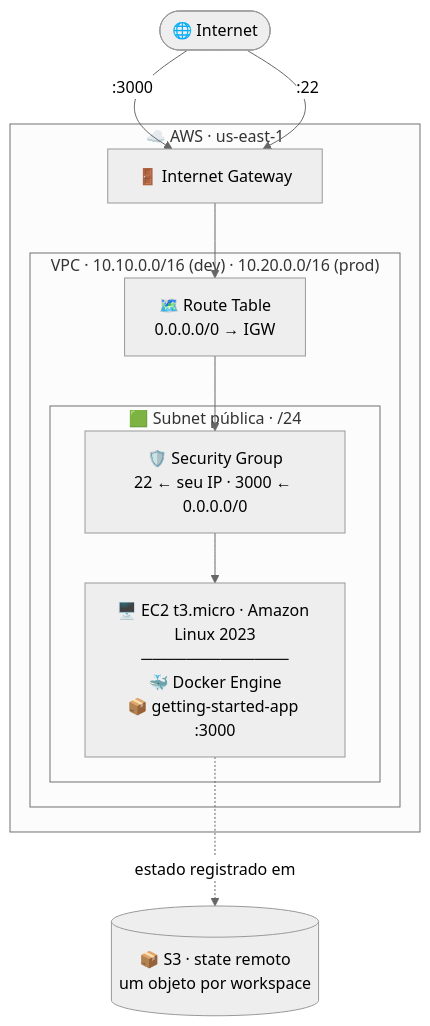
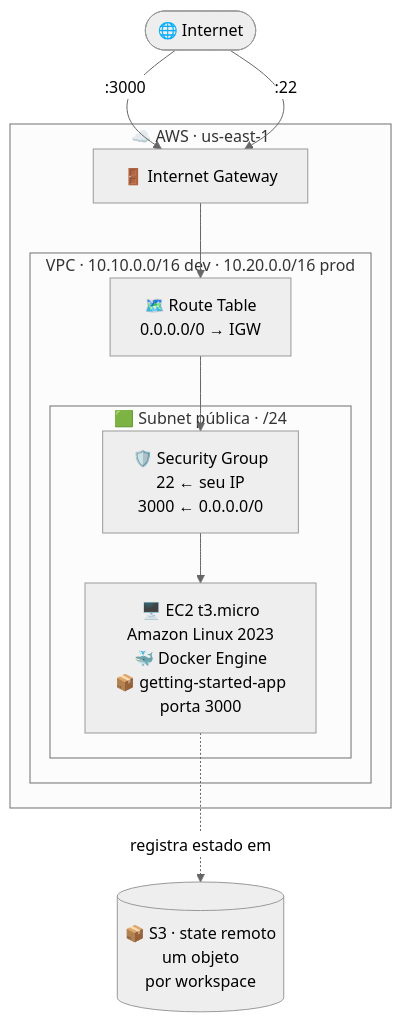
Before and after one commit to weynne/cesar-school-pos-devops-iac: the first of 4 diagrams in README.md, drawn with Mermaid (neutral theme). The commit also changed other lines of this file, not shown here.

Commit message:
docs: keep diagram labels short enough not to be clipped

````diff
--- a/README.md
+++ b/README.md
@@ -61,22 +61,22 @@
 ```mermaid
 flowchart TB
     User(["🌐 Internet"])
 
     subgraph AWS["☁️ AWS · us-east-1"]
         IGW["🚪 Internet Gateway"]
-        subgraph VPC["VPC · 10.10.0.0/16 (dev) · 10.20.0.0/16 (prod)"]
+        subgraph VPC["VPC · 10.10.0.0/16 dev · 10.20.0.0/16 prod"]
+            RT["🗺️ Route Table<br/>0.0.0.0/0 → IGW"]
             subgraph SN["🟩 Subnet pública · /24"]
-                SG["🛡️ Security Group<br/>22 ← seu IP · 3000 ← 0.0.0.0/0"]
-                EC2["🖥️ EC2 t3.micro · Amazon Linux 2023<br/>─────────────<br/>🐳 Docker Engine<br/>📦 getting-started-app :3000"]
+                SG["🛡️ Security Group<br/>22 ← seu IP<br/>3000 ← 0.0.0.0/0"]
+                EC2["🖥️ EC2 t3.micro<br/>Amazon Linux 2023<br/>🐳 Docker Engine<br/>📦 getting-started-app<br/>porta 3000"]
             end
-            RT["🗺️ Route Table<br/>0.0.0.0/0 → IGW"]
         end
     end
 
-    S3[("📦 S3 · state remoto<br/>um objeto por workspace")]
+    S3[("📦 S3 · state remoto<br/>um objeto<br/>por workspace")]
 
     User -->|":3000"| IGW
     User -->|":22"| IGW
     IGW --> RT --> SG --> EC2
-    EC2 -.->|estado registrado em| S3
+    EC2 -.->|"registra estado em"| S3
 ```
````
